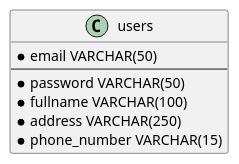
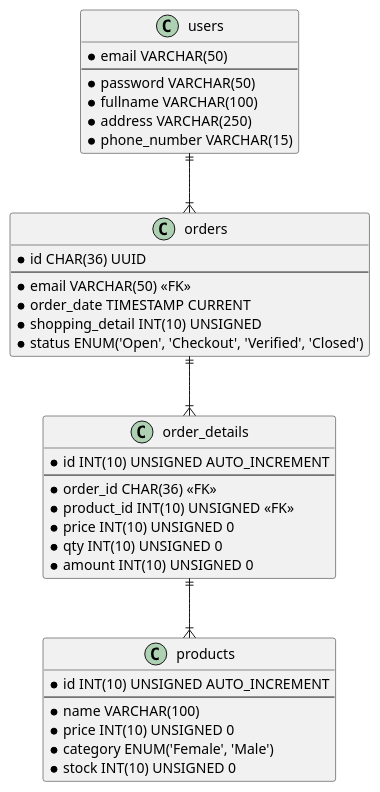
Before and after one commit to doniduaasattuu/dhifa-collection-laravel: the diagram in database.puml, drawn with PlantUML. The commit also changed 16 other files, not shown here.

Commit message:
create table orders and order details

```diff
--- a/database.puml
+++ b/database.puml
@@ -1,12 +1,44 @@
 @startuml dhifa_collection_laravel
 
 class users {
     * email VARCHAR(50)
     --
     * password VARCHAR(50)
     * fullname VARCHAR(100)
     * address VARCHAR(250)
     * phone_number VARCHAR(15)
 }
 
+class products {
+    * id INT(10) UNSIGNED AUTO_INCREMENT
+    --
+    * name VARCHAR(100)
+    * price INT(10) UNSIGNED 0
+    * category ENUM('Female', 'Male')
+    * stock INT(10) UNSIGNED 0
+}
+
+class orders {
+    * id CHAR(36) UUID
+    --
+    * email VARCHAR(50) <<FK>>
+    * order_date TIMESTAMP CURRENT
+    * shopping_detail INT(10) UNSIGNED
+    * status ENUM('Open', 'Checkout', 'Verified', 'Closed')
+}
+
+class order_details {
+    * id INT(10) UNSIGNED AUTO_INCREMENT
+    --
+    * order_id CHAR(36) <<FK>>
+    * product_id INT(10) UNSIGNED <<FK>>
+    * price INT(10) UNSIGNED 0
+    * qty INT(10) UNSIGNED 0
+    * amount INT(10) UNSIGNED 0
+}
+
+users ||--|{ orders
+orders ||--|{ order_details
+order_details ||--|{ products
+
 @enduml
```
